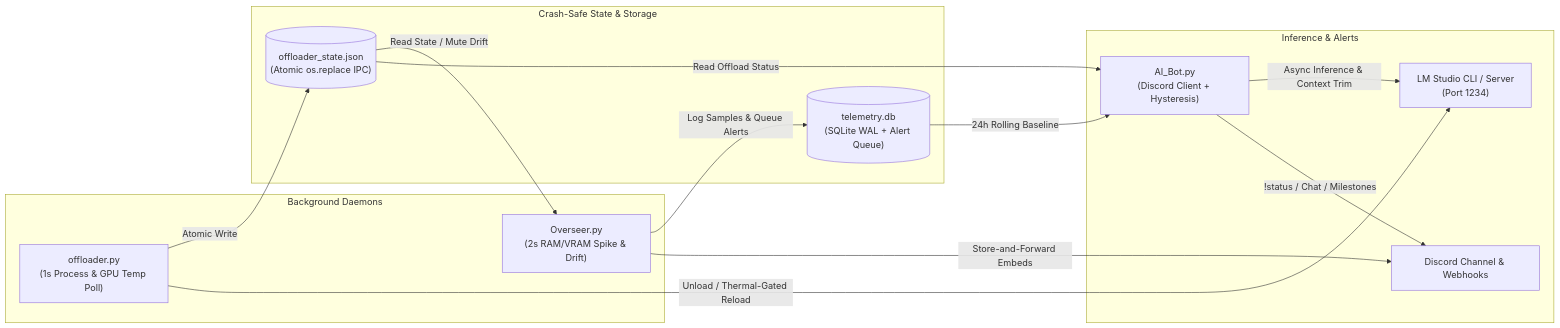
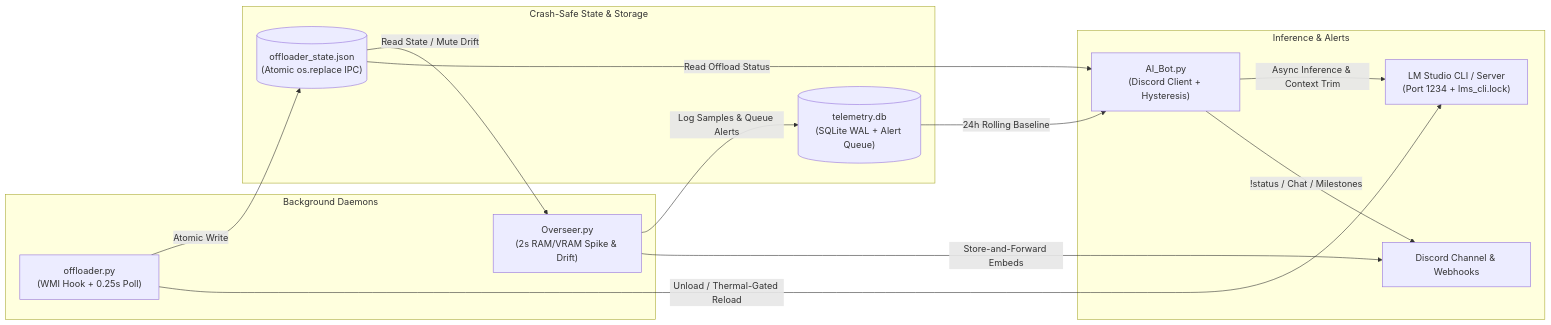
The diagram in README.md (FragzDuppy-afk/local-ai-discord-companion), drawn with Mermaid before and after one commit. The commit also changed other lines of this file and 5 other files, not shown here.

Commit message:
feat(offloader): add WMI instant process hook, anti-cheat defaults, and toggle scripts

````diff
--- a/README.md
+++ b/README.md
@@ -18,28 +18,28 @@
 ```mermaid
 flowchart LR
     subgraph Watchdogs ["Background Daemons"]
-        OFF["offloader.py<br/>(1s Process & GPU Temp Poll)"]
+        OFF["offloader.py<br/>(WMI Hook + 0.25s Poll)"]
         OVR["Overseer.py<br/>(2s RAM/VRAM Spike & Drift)"]
     end
 
     subgraph IPC ["Crash-Safe State & Storage"]
         JSON[("offloader_state.json<br/>(Atomic os.replace IPC)")]
         DB[("telemetry.db<br/>(SQLite WAL + Alert Queue)")]
     end
 
     subgraph Core ["Inference & Alerts"]
         BOT["AI_Bot.py<br/>(Discord Client + Hysteresis)"]
-        LMS["LM Studio CLI / Server<br/>(Port 1234)"]
+        LMS["LM Studio CLI / Server<br/>(Port 1234 + lms_cli.lock)"]
         DISC["Discord Channel & Webhooks"]
     end
 
     OFF -- "Atomic Write" --> JSON
     JSON -- "Read State / Mute Drift" --> OVR
     JSON -- "Read Offload Status" --> BOT
     OVR -- "Log Samples & Queue Alerts" --> DB
     DB -- "24h Rolling Baseline" --> BOT
     OVR -- "Store-and-Forward Embeds" --> DISC
     OFF -- "Unload / Thermal-Gated Reload" --> LMS
     BOT -- "Async Inference & Context Trim" --> LMS
     BOT -- "!status / Chat / Milestones" --> DISC
 ```
````
